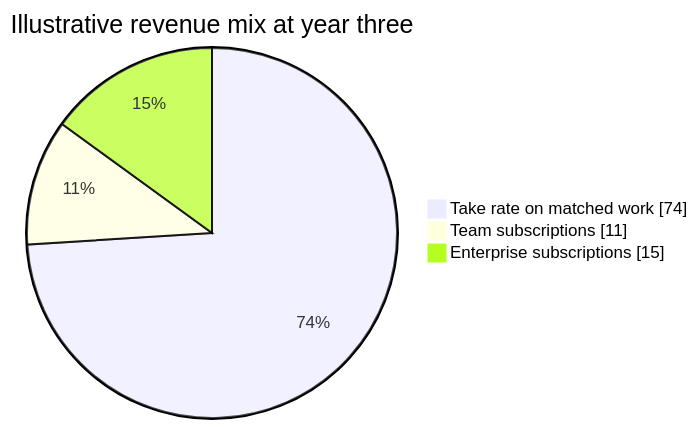
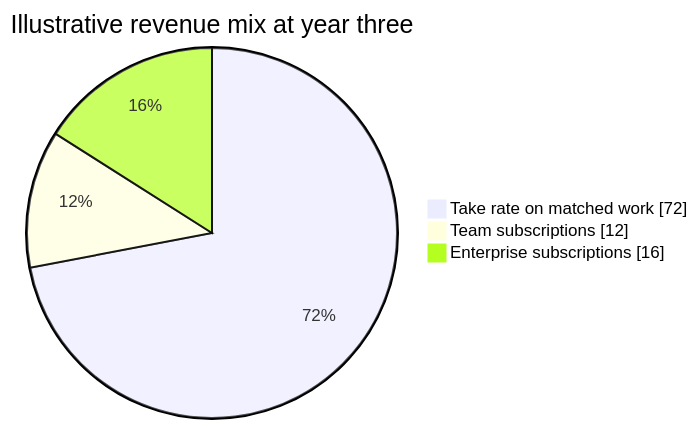
The diagram in docs/misthos/07-business-model-and-economics.md (vanduc2514/hackathon-circle-misthos), drawn with Mermaid before and after one commit. The commit also changed other lines of this file and 54 other files, not shown here.

````diff
--- a/docs/misthos/07-business-model-and-economics.md
+++ b/docs/misthos/07-business-model-and-economics.md
@@ -41,7 +41,7 @@
 ```mermaid
 pie showData
     title Illustrative revenue mix at year three
-    "Take rate on matched work" : 74
-    "Team subscriptions" : 11
-    "Enterprise subscriptions" : 15
+    "Take rate on matched work" : 72
+    "Team subscriptions" : 12
+    "Enterprise subscriptions" : 16
 ```
````
